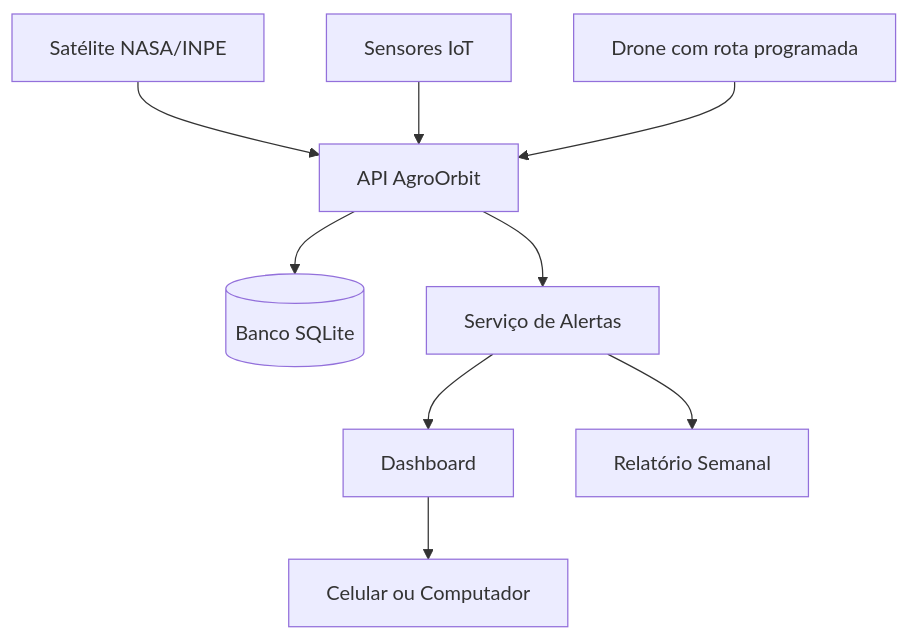
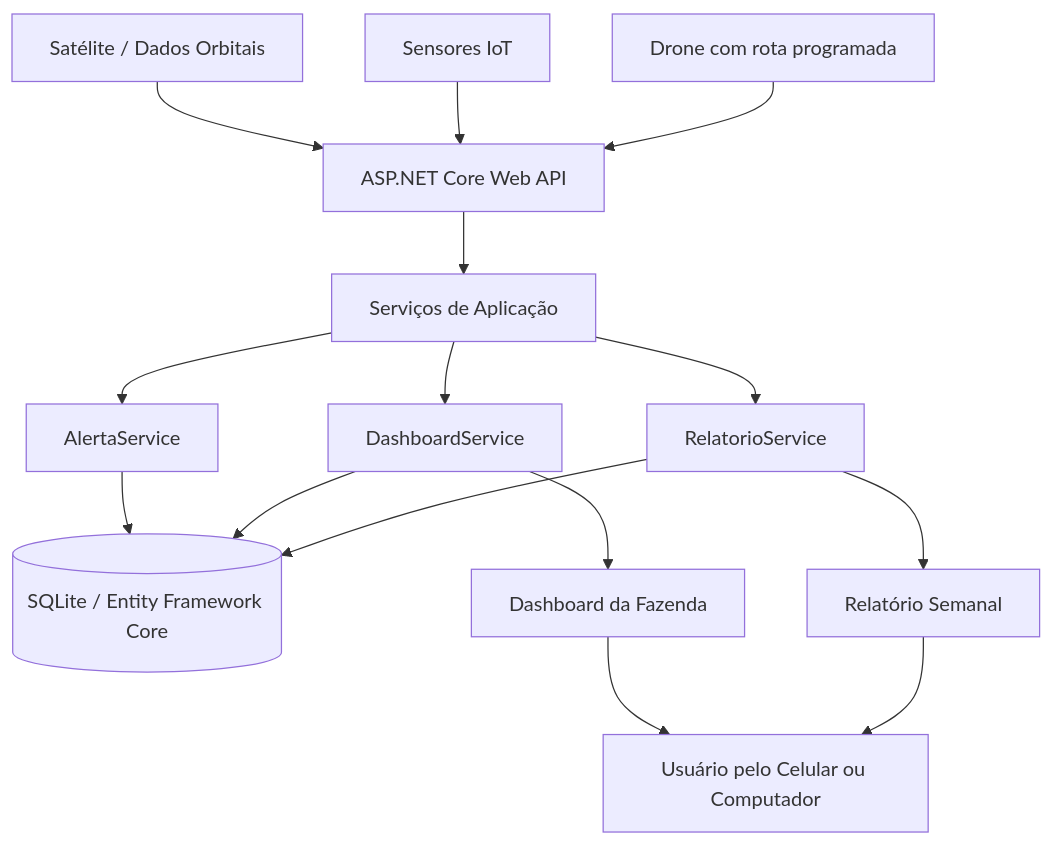
One commit to Luiza122/GSAPI changed the diagram in README.md. Above: the diagram before and after it, drawn with Mermaid.

Commit message:
Atualizar diagrama de arquitetura

````diff
--- a/README.md
+++ b/README.md
@@ -206,11 +206,20 @@
 ```mermaid
 flowchart TD
-    A[Satélite NASA/INPE] --> B[API AgroOrbit]
+    A[Satélite / Dados Orbitais] --> B[ASP.NET Core Web API]
     C[Sensores IoT] --> B
     D[Drone com rota programada] --> B
-    B --> E[(Banco SQLite)]
-    B --> F[Serviço de Alertas]
-    F --> G[Dashboard]
-    F --> H[Relatório Semanal]
-    G --> I[Celular ou Computador]
+
+    B --> E[Serviços de Aplicação]
+    E --> F[AlertaService]
+    E --> G[DashboardService]
+    E --> H[RelatorioService]
+
+    F --> I[(SQLite / Entity Framework Core)]
+    G --> I
+    H --> I
+
+    G --> J[Dashboard da Fazenda]
+    H --> K[Relatório Semanal]
+    J --> L[Usuário pelo Celular ou Computador]
+    K --> L
 ```
````
